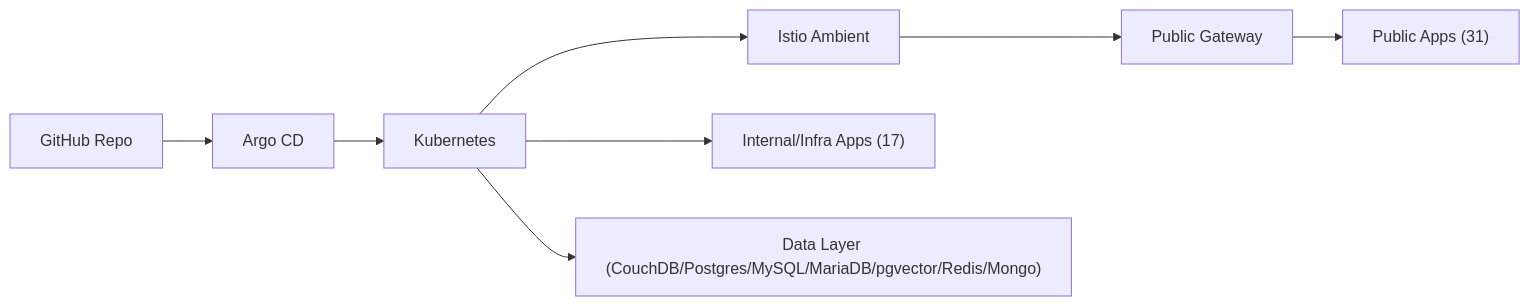
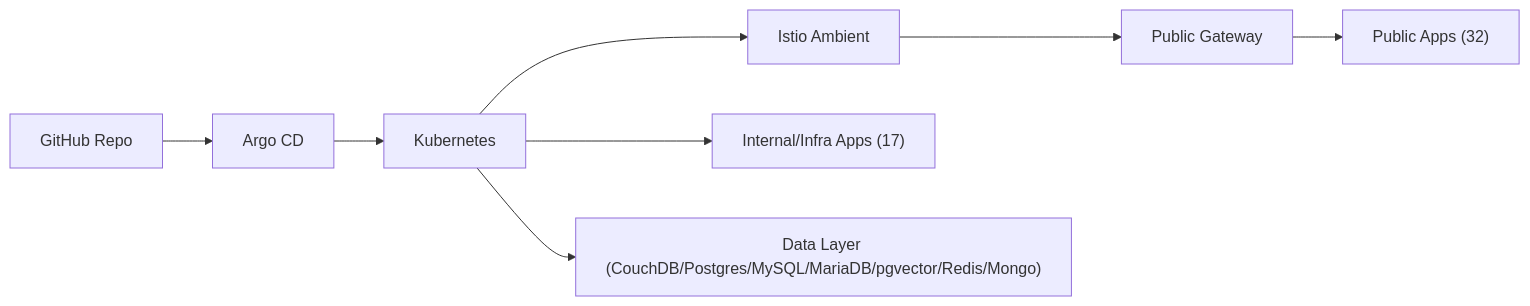
One commit to noeulnight/homelab changed the diagram in README.md. Above: the diagram before and after it, drawn with Mermaid. The commit also changed other lines of this file and 6 other files, not shown here.

````diff
--- a/README.md
+++ b/README.md
@@ -15,10 +15,10 @@
 ```mermaid
 flowchart LR
   GitHub["GitHub Repo"] --> Argo["Argo CD"]
   Argo --> K8s["Kubernetes"]
   K8s --> Istio["Istio Ambient"]
   Istio --> Gateway["Public Gateway"]
-  Gateway --> PublicApps["Public Apps (31)"]
+  Gateway --> PublicApps["Public Apps (32)"]
   K8s --> InternalApps["Internal/Infra Apps (17)"]
   K8s --> Data["Data Layer (CouchDB/Postgres/MySQL/MariaDB/pgvector/Redis/Mongo)"]
 ```
````
